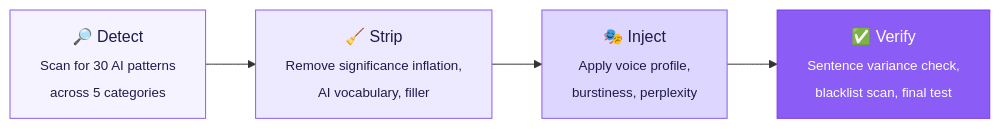
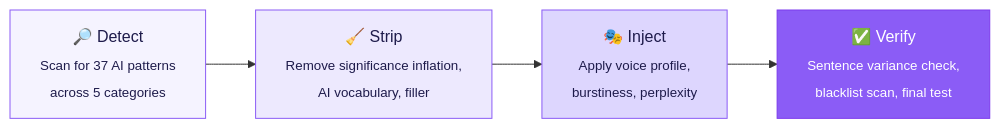
The diagram in README.md (Aboudjem/humanizer-skill), drawn with Mermaid before and after one commit. The commit also changed other lines of this file and 1 other file, not shown here.

First line of the commit message:
feat: add 7 new AI writing patterns (P31-P37) from Wikipedia research

````diff
--- a/README.md
+++ b/README.md
@@ -81,11 +81,11 @@
 ```mermaid
 graph LR
-    A["🔎 Detect<br/><sub>Scan for 30 AI patterns<br/>across 5 categories</sub>"] --> B["🧹 Strip<br/><sub>Remove significance inflation,<br/>AI vocabulary, filler</sub>"]
+    A["🔎 Detect<br/><sub>Scan for 37 AI patterns<br/>across 5 categories</sub>"] --> B["🧹 Strip<br/><sub>Remove significance inflation,<br/>AI vocabulary, filler</sub>"]
     B --> C["🎭 Inject<br/><sub>Apply voice profile,<br/>burstiness, perplexity</sub>"]
     C --> D["✅ Verify<br/><sub>Sentence variance check,<br/>blacklist scan, final test</sub>"]
 
     style A fill:#f5f3ff,stroke:#8b5cf6,color:#1e1b4b
     style B fill:#ede9fe,stroke:#8b5cf6,color:#1e1b4b
     style C fill:#ddd6fe,stroke:#8b5cf6,color:#1e1b4b
     style D fill:#8b5cf6,stroke:#7c3aed,color:#ffffff
 ```
````
